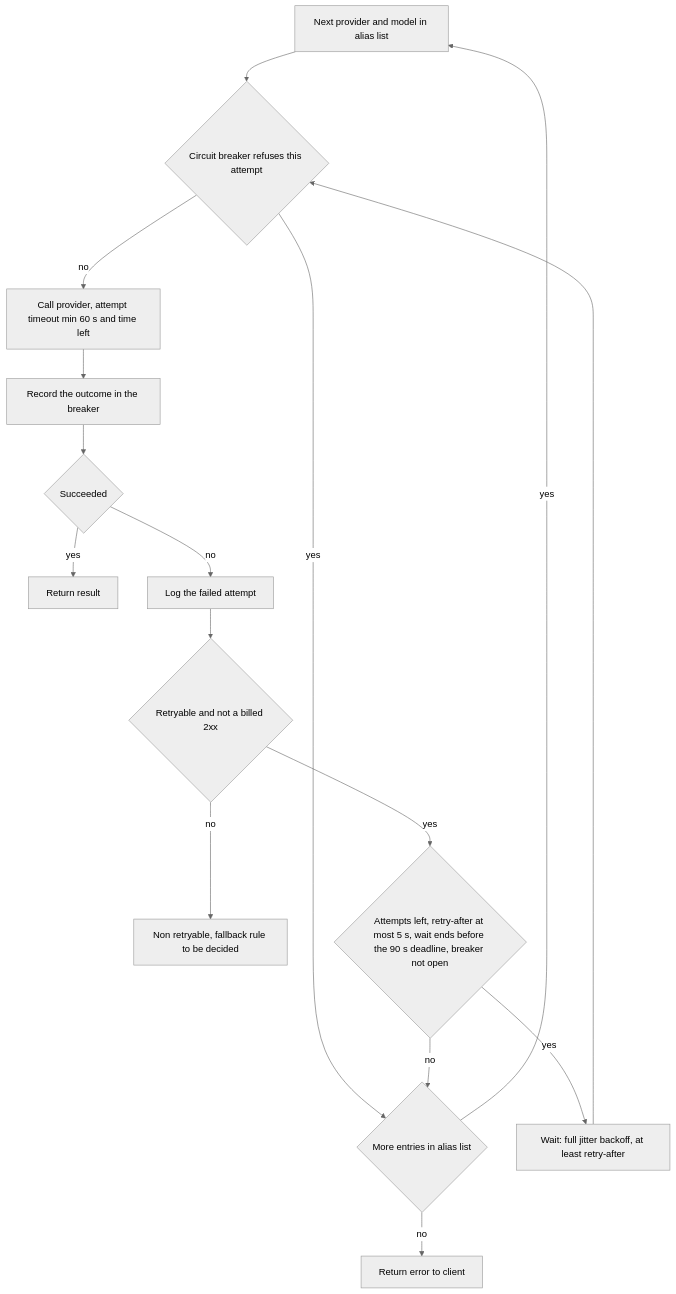
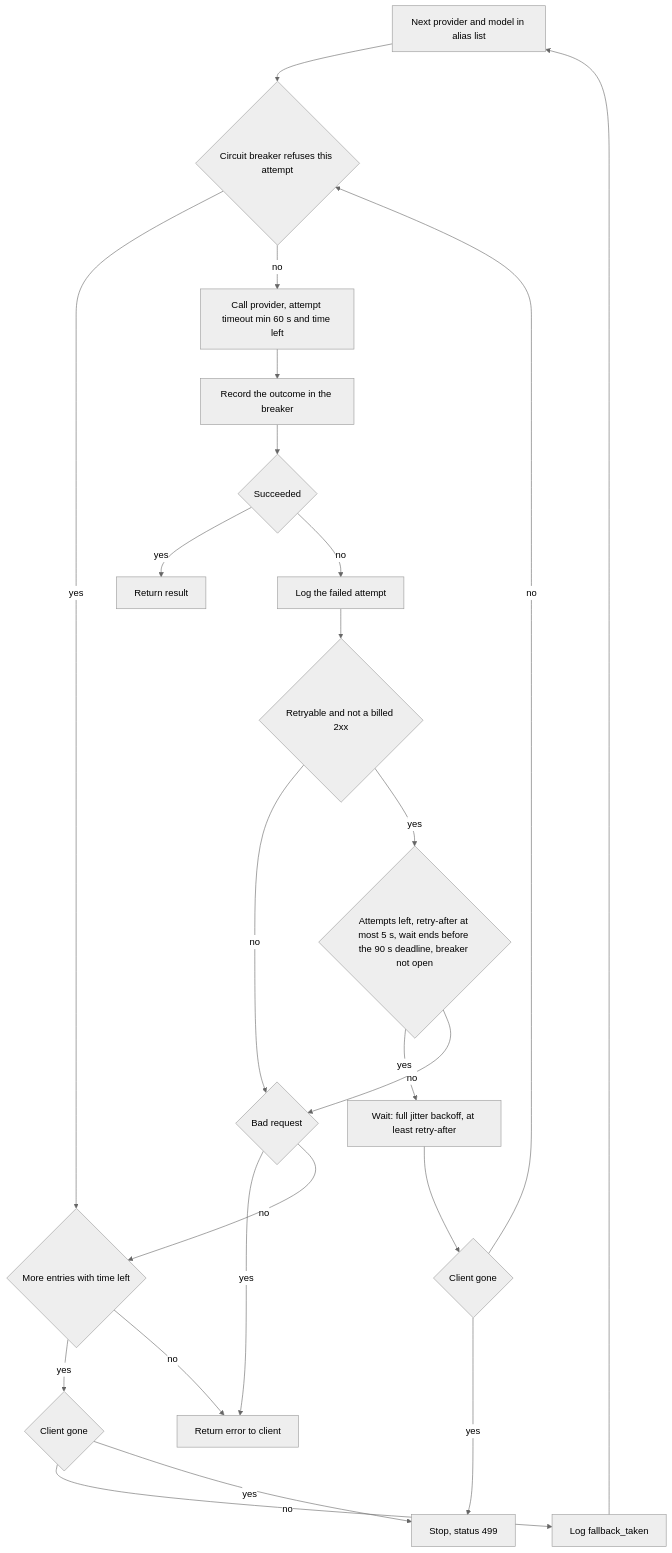
Before and after one commit to Jasmeet-011/LLMGateway: the third of 5 diagrams in FLOW.md, drawn with Mermaid (neutral theme). The commit also changed other lines of this file and 3 other files, not shown here.

````diff
--- a/FLOW.md
+++ b/FLOW.md
@@ -83,18 +83,25 @@
 ```mermaid
 flowchart TD
     A[Next provider and model in alias list] --> B{Circuit breaker refuses this attempt}
     B -->|yes| N
     B -->|no| C[Call provider, attempt timeout min 60 s and time left]
     C --> RB[Record the outcome in the breaker]
     RB --> D{Succeeded}
     D -->|yes| OK[Return result]
     D -->|no| L[Log the failed attempt]
     L --> E{Retryable and not a billed 2xx}
-    E -->|no| X[Non retryable, fallback rule to be decided]
+    E -->|no| Z{Bad request}
     E -->|yes| F{Attempts left, retry-after at most 5 s, wait ends before the 90 s deadline, breaker not open}
     F -->|yes| G[Wait: full jitter backoff, at least retry-after]
-    G --> B
-    F -->|no| N{More entries in alias list}
-    N -->|yes| A
-    N -->|no| FAIL[Return error to client]
+    G --> CG{Client gone}
+    CG -->|no| B
+    CG -->|yes| GONE[Stop, status 499]
+    F -->|no| Z
+    Z -->|yes| FAIL[Return error to client]
+    Z -->|no| N{More entries with time left}
+    N -->|yes| CF{Client gone}
+    CF -->|no| FT[Log fallback_taken]
+    FT --> A
+    CF -->|yes| GONE
+    N -->|no| FAIL
 ```
````
